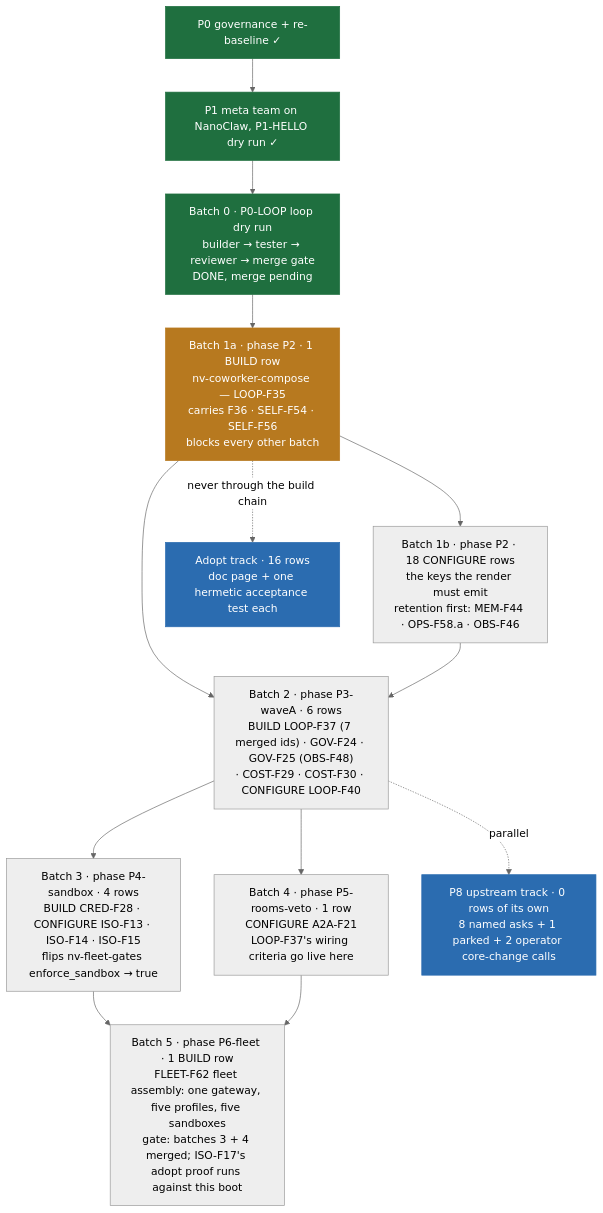
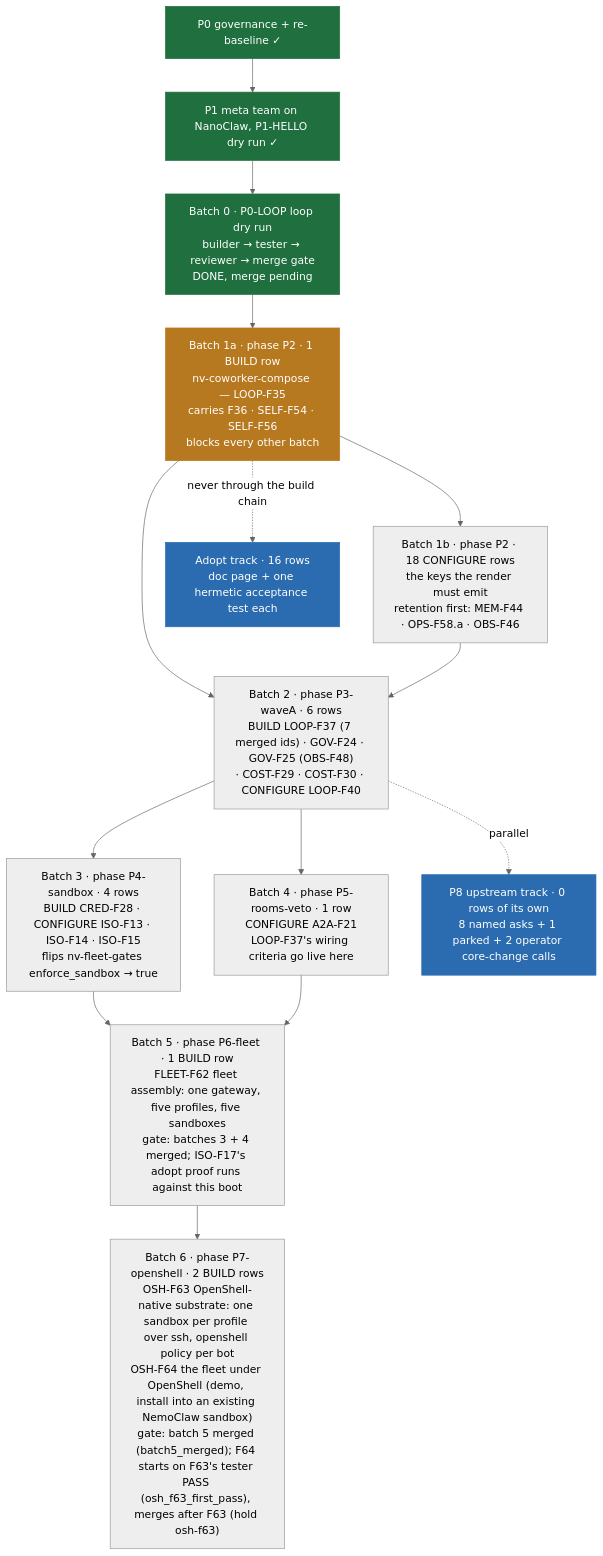
Before and after one commit to slang-coworkers/nanoclaw: the diagram in docs/hermes-port/dispatch-plan.md, drawn with Mermaid (neutral theme). The commit also changed other lines of this file and 22 other files, not shown here.

````diff
--- a/docs/hermes-port/dispatch-plan.md
+++ b/docs/hermes-port/dispatch-plan.md
@@ -28,21 +28,22 @@
 ```mermaid
 flowchart TD
   P0["P0 governance + re-baseline ✓"] --> P1["P1 meta team on NanoClaw, P1-HELLO dry run ✓"]
   P1 --> B0["Batch 0 · P0-LOOP loop dry run<br/>builder → tester → reviewer → merge gate<br/>DONE, merge pending"]
   B0 --> B1a["Batch 1a · phase P2 · 1 BUILD row<br/>nv-coworker-compose — LOOP-F35<br/>carries F36 · SELF-F54 · SELF-F56<br/>blocks every other batch"]
   B1a --> B1b["Batch 1b · phase P2 · 18 CONFIGURE rows<br/>the keys the render must emit<br/>retention first: MEM-F44 · OPS-F58.a · OBS-F46"]
   B1a --> B2["Batch 2 · phase P3-waveA · 6 rows<br/>BUILD LOOP-F37 (7 merged ids) · GOV-F24 · GOV-F25 (OBS-F48)<br/>· COST-F29 · COST-F30 · CONFIGURE LOOP-F40"]
   B1b --> B2
   B2 --> B3["Batch 3 · phase P4-sandbox · 4 rows<br/>BUILD CRED-F28 · CONFIGURE ISO-F13 · ISO-F14 · ISO-F15<br/>flips nv-fleet-gates enforce_sandbox → true"]
   B2 --> B4["Batch 4 · phase P5-rooms-veto · 1 row<br/>CONFIGURE A2A-F21<br/>LOOP-F37's wiring criteria go live here"]
   B3 --> B5["Batch 5 · phase P6-fleet · 1 BUILD row<br/>FLEET-F62 fleet assembly: one gateway, five profiles, five sandboxes<br/>gate: batches 3 + 4 merged; ISO-F17's adopt proof runs against this boot"]
   B4 --> B5
+  B5 --> B6["Batch 6 · phase P7-openshell · 2 BUILD rows<br/>OSH-F63 OpenShell-native substrate: one sandbox per profile over ssh, openshell policy per bot<br/>OSH-F64 the fleet under OpenShell (demo, install into an existing NemoClaw sandbox)<br/>gate: batch 5 merged (batch5_merged); F64 starts on F63's tester PASS (osh_f63_first_pass), merges after F63 (hold osh-f63)"]
   B2 -. parallel .-> P8["P8 upstream track · 0 rows of its own<br/>8 named asks + 1 parked + 2 operator core-change calls"]
   B1a -. never through the build chain .-> AD["Adopt track · 16 rows<br/>doc page + one hermetic acceptance test each"]
   classDef done fill:#1f6f3f,color:#fff,stroke:#1f6f3f
   classDef next fill:#b7791f,color:#fff,stroke:#b7791f
   classDef side fill:#2b6cb0,color:#fff,stroke:#2b6cb0
   class P0,P1,B0 done
   class B1a next
   class AD,P8 side
 ```
````
